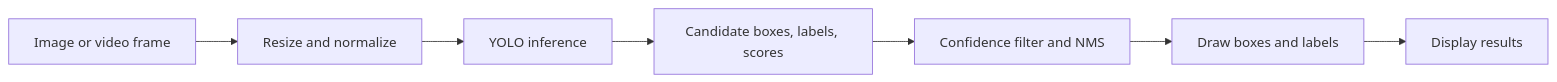
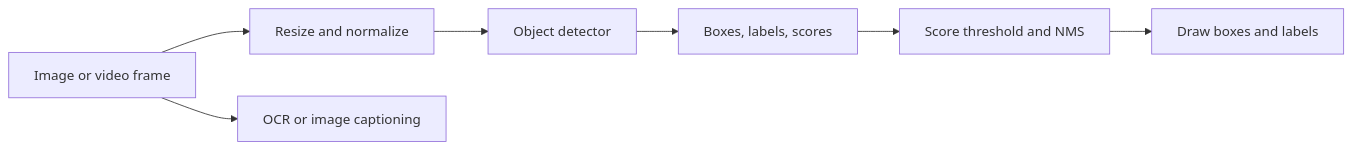
The diagram in learnings/ai/workshop/notes/day_3_object_detection_ai.md (devgpt0/S2DNotes), drawn with Mermaid before and after one commit. The commit also changed other lines of this file and 2 other files, not shown here.

````diff
--- a/learnings/ai/workshop/notes/day_3_object_detection_ai.md
+++ b/learnings/ai/workshop/notes/day_3_object_detection_ai.md
@@ -144,9 +340,9 @@
 ```mermaid
 flowchart LR
-  Frame[Image or video frame] --> Prep[Resize and normalize]
-  Prep --> Model[YOLO inference]
-  Model --> Candidates[Candidate boxes, labels, scores]
-  Candidates --> Filter[Confidence filter and NMS]
-  Filter --> Draw[Draw boxes and labels]
-  Draw --> UI[Display results]
+  Image[Image or video frame] --> Prep[Resize and normalize]
+  Prep --> Model[Object detector]
+  Model --> Candidates[Boxes, labels, scores]
+  Candidates --> Filter[Score threshold and NMS]
+  Filter --> Results[Draw boxes and labels]
+  Image --> OCR[OCR or image captioning]
 ```
````
